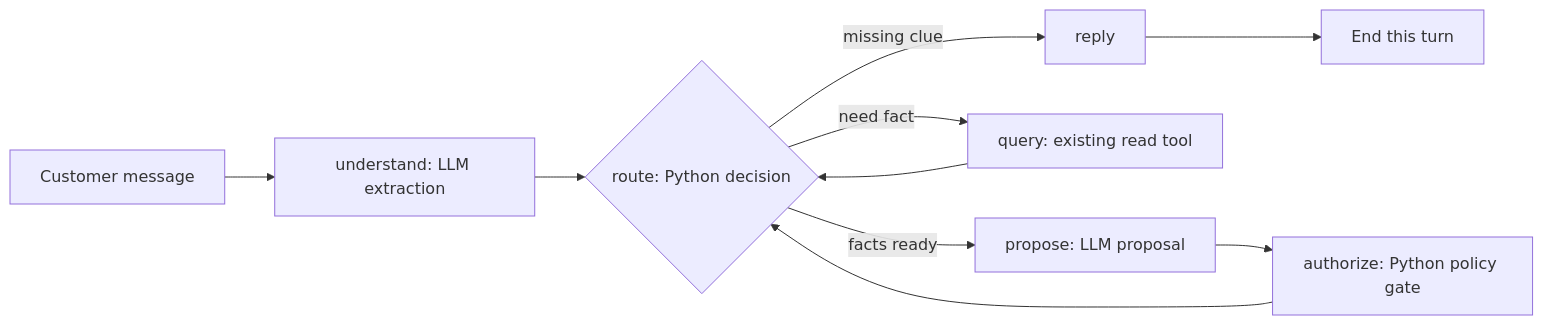
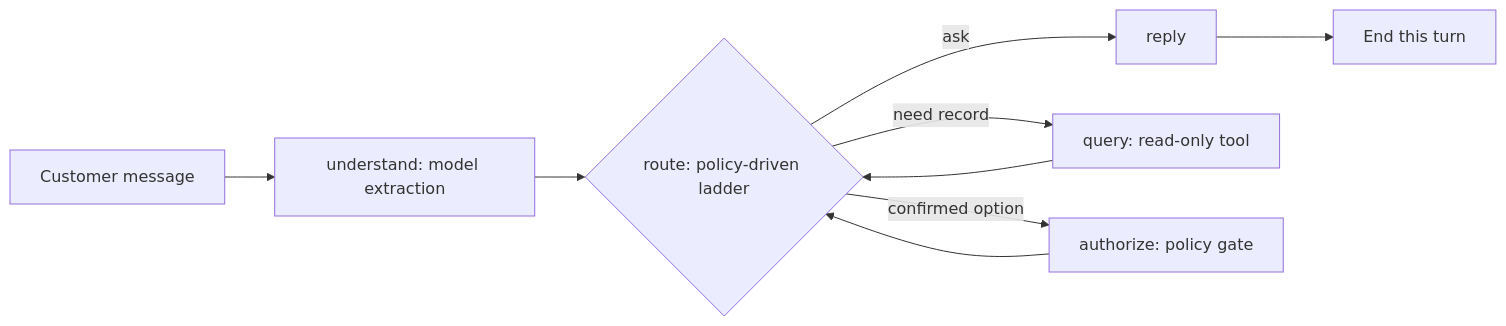
Before and after one commit to jasperrrliu-ui/125_Final_Project: the diagram in agent/retail_graph/README.md, drawn with Mermaid. The commit also changed other lines of this file and 22 other files, not shown here.

````diff
--- a/agent/retail_graph/README.md
+++ b/agent/retail_graph/README.md
@@ -6,12 +8,11 @@
 ```mermaid
 flowchart LR
-  U[Customer message] --> I[understand: LLM extraction]
-  I --> R{route: Python decision}
-  R -->|missing clue| A[reply]
-  R -->|need fact| Q[query: existing read tool]
+  U[Customer message] --> I[understand: model extraction]
+  I --> R{route: policy-driven ladder}
+  R -->|ask| A[reply]
+  R -->|need record| Q[query: read-only tool]
   Q --> R
-  R -->|facts ready| P[propose: LLM proposal]
-  P --> G[authorize: Python policy gate]
+  R -->|confirmed option| G[authorize: policy gate]
   G --> R
   A --> E[End this turn]
 ```
````
